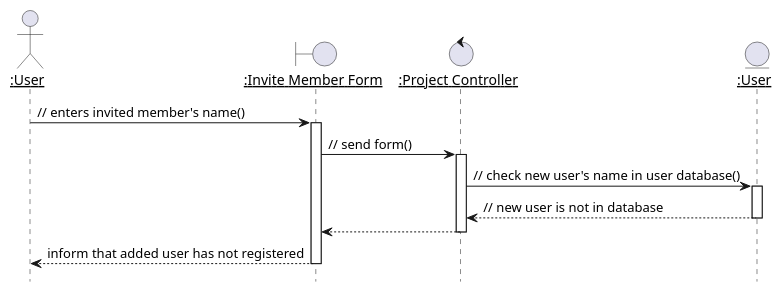
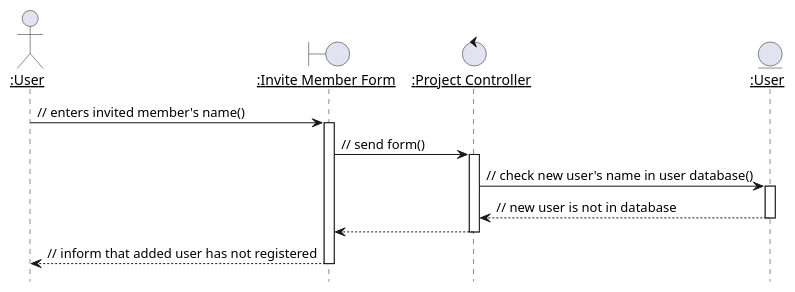
The diagram in docs/source/meth/uc-anal-design/uml/p-member-add-not-registered.puml (Huy-Ngo/acanban), drawn with PlantUML before and after one commit. The commit also changed 7 other files, not shown here.

```diff
--- a/docs/source/meth/uc-anal-design/uml/p-member-add-not-registered.puml
+++ b/docs/source/meth/uc-anal-design/uml/p-member-add-not-registered.puml
@@ -1,16 +1,16 @@
 @startuml
 hide footbox
 autoactivate on
 skinparam sequenceParticipant underline
 actor ":User" as usr
 boundary ":Invite Member Form" as form
 control ":Project Controller" as ctl
 entity ":User" as db_usr
 
 usr -> form : // enters invited member's name()
 form -> ctl : // send form()
 ctl -> db_usr : // check new user's name in user database()
 ctl <-- db_usr : // new user is not in database
 form <-- ctl
-usr <-- form : inform that added user has not registered
+usr <-- form : // inform that added user has not registered
 @enduml
```
